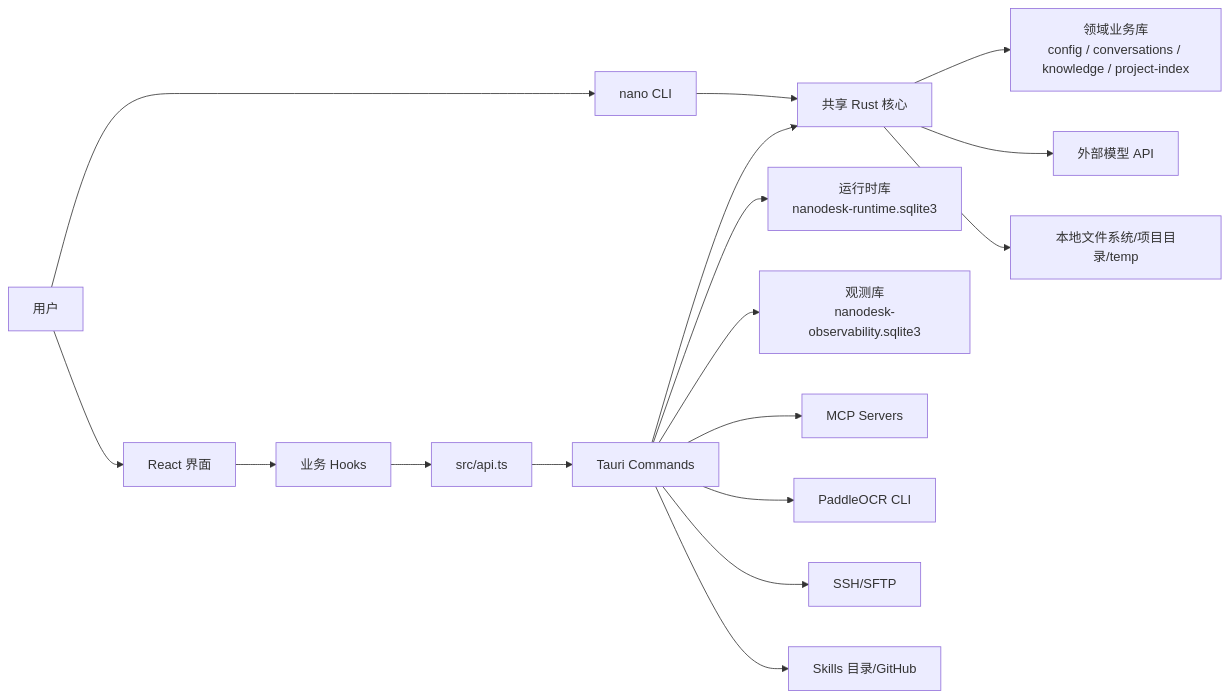
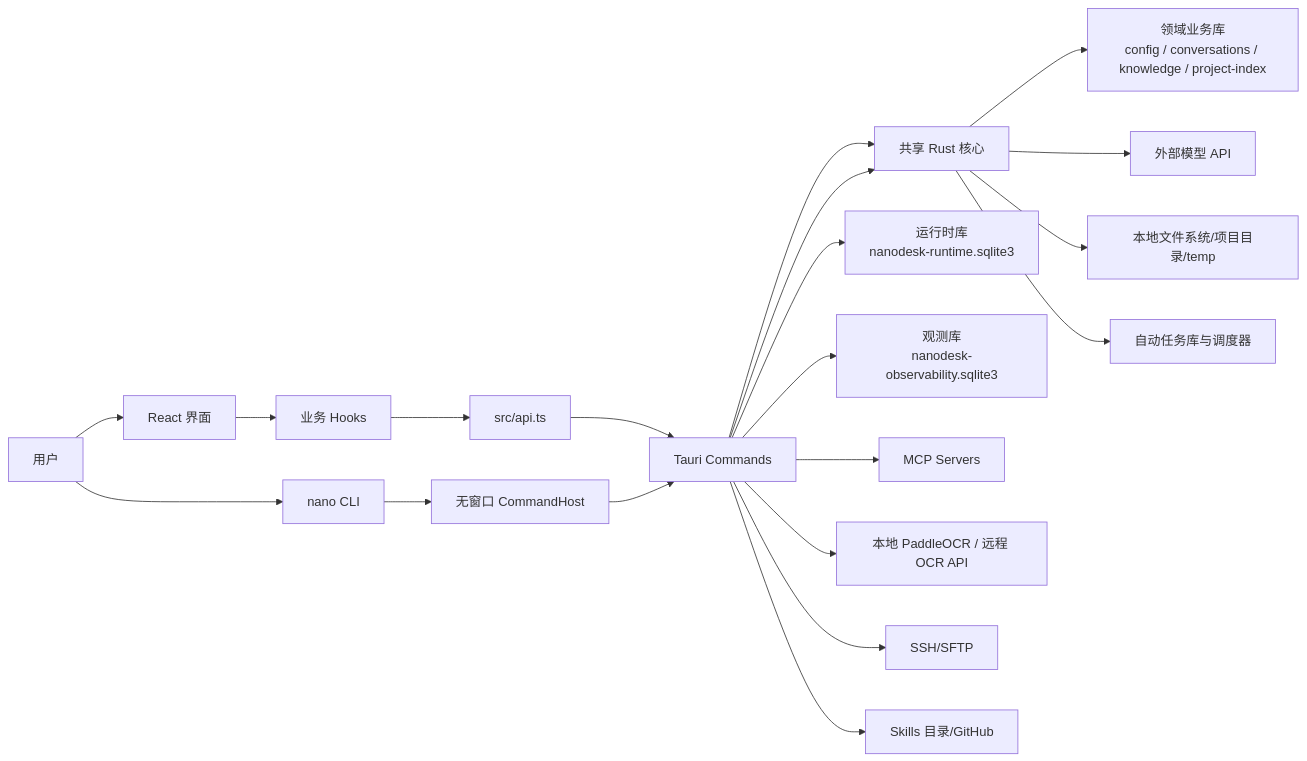
Before and after one commit to NanoAgentCode/NanoDesk: the diagram in docs/系统设计文档.md, drawn with Mermaid. The commit also changed other lines of this file and 20 other files, not shown here.

````diff
--- a/docs/系统设计文档.md
+++ b/docs/系统设计文档.md
@@ -41,19 +41,22 @@
 ```mermaid
 flowchart LR
   User["用户"] --> UI["React 界面"]
   User --> CLI["nano CLI"]
   UI --> Hooks["业务 Hooks"]
   Hooks --> API["src/api.ts"]
   API --> Commands["Tauri Commands"]
-  CLI --> Core["共享 Rust 核心"]
+  CLI --> Host["无窗口 CommandHost"]
+  Host --> Commands
+  Commands --> Core["共享 Rust 核心"]
   Commands --> Core
   Core --> DB["领域业务库\nconfig / conversations / knowledge / project-index"]
   Core --> LLM["外部模型 API"]
   Core --> FS["本地文件系统/项目目录/temp"]
   Commands --> Runtime["运行时库\nnanodesk-runtime.sqlite3"]
   Commands --> Obs["观测库\nnanodesk-observability.sqlite3"]
   Commands --> MCP["MCP Servers"]
-  Commands --> OCR["PaddleOCR CLI"]
+  Commands --> OCR["本地 PaddleOCR / 远程 OCR API"]
+  Core --> Automation["自动任务库与调度器"]
   Commands --> Ops["SSH/SFTP"]
   Commands --> Skills["Skills 目录/GitHub"]
 ```
````
